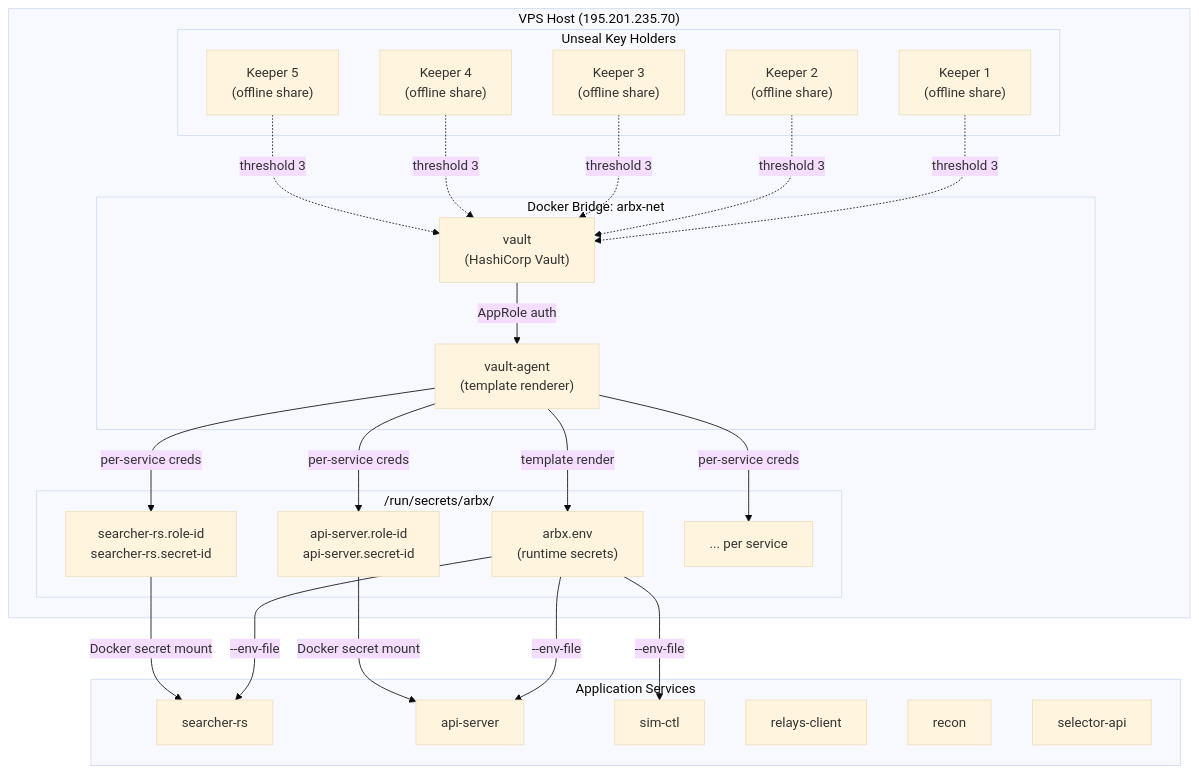
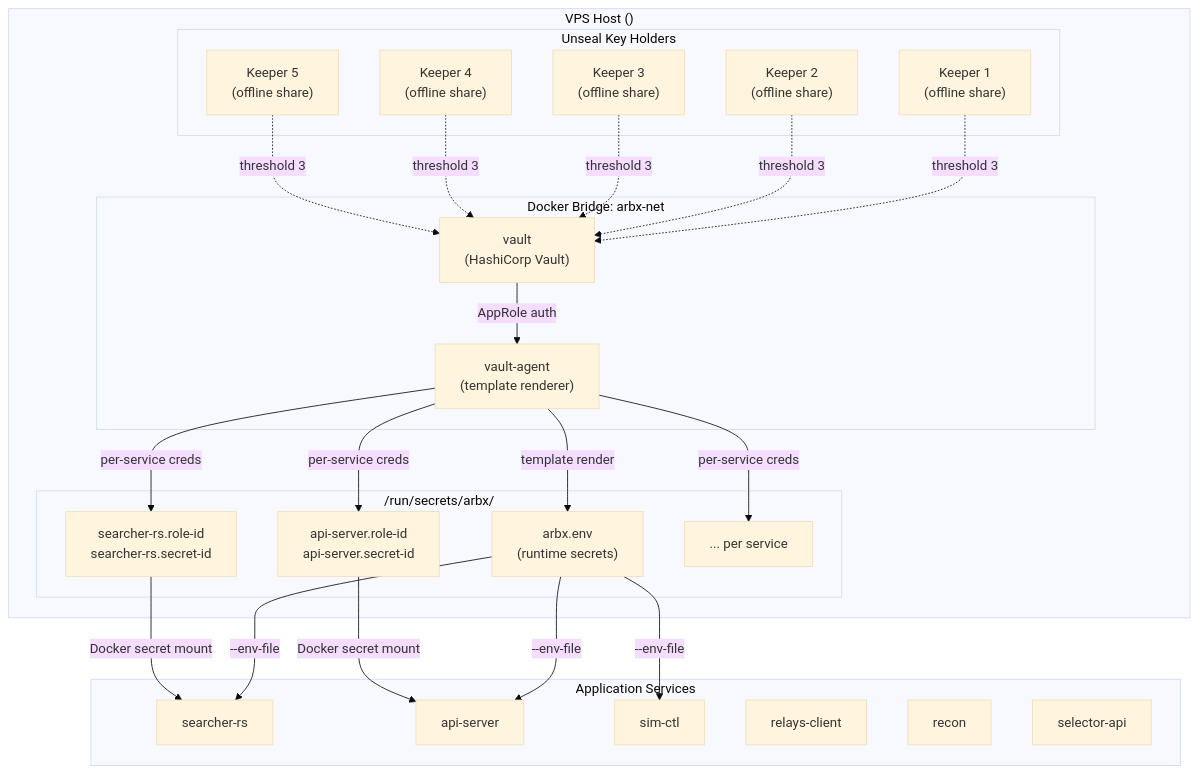
The first of 2 diagrams in docs/adr/003-vault-secrets-management.md (hefarica/arbitragex-v2), drawn with Mermaid (base theme) before and after one commit. The commit also changed other lines of this file and 52 other files, not shown here.

First line of the commit message:
security(p0): scrub VPS IP + internal host from 53 docs (DRIFT-D2, docs subset)

````diff
--- a/docs/adr/003-vault-secrets-management.md
+++ b/docs/adr/003-vault-secrets-management.md
@@ -36,51 +36,51 @@
 ```mermaid
 flowchart TB
-    subgraph Host["VPS Host (195.201.235.70)"]
+    subgraph Host["VPS Host (<VPS_IP>)"]
         subgraph DockerNet["Docker Bridge: arbx-net"]
             V["vault<br/>(HashiCorp Vault)"]
             VA["vault-agent<br/>(template renderer)"]
         end
 
         subgraph SecretsPath["/run/secrets/arbx/"]
             ENV["arbx.env<br/>(runtime secrets)"]
             SID1["searcher-rs.role-id<br/>searcher-rs.secret-id"]
             SID2["api-server.role-id<br/>api-server.secret-id"]
             SID3["... per service"]
         end
 
         subgraph KeyHolders["Unseal Key Holders"]
             K1["Keeper 1<br/>(offline share)"]
             K2["Keeper 2<br/>(offline share)"]
             K3["Keeper 3<br/>(offline share)"]
             K4["Keeper 4<br/>(offline share)"]
             K5["Keeper 5<br/>(offline share)"]
         end
     end
 
     subgraph Services["Application Services"]
         S1["searcher-rs"]
         S2["api-server"]
         S3["sim-ctl"]
         S4["relays-client"]
         S5["recon"]
         S6["selector-api"]
     end
 
     K1 -.->|"threshold 3"| V
     K2 -.->|"threshold 3"| V
     K3 -.->|"threshold 3"| V
     K4 -.->|"threshold 3"| V
     K5 -.->|"threshold 3"| V
 
     V -->|"AppRole auth"| VA
     VA -->|"template render"| ENV
     VA -->|"per-service creds"| SID1
     VA -->|"per-service creds"| SID2
     VA -->|"per-service creds"| SID3
 
     ENV -->|"--env-file"| S1
     ENV -->|"--env-file"| S2
     ENV -->|"--env-file"| S3
     SID1 -->|"Docker secret mount"| S1
     SID2 -->|"Docker secret mount"| S2
 ```
````
